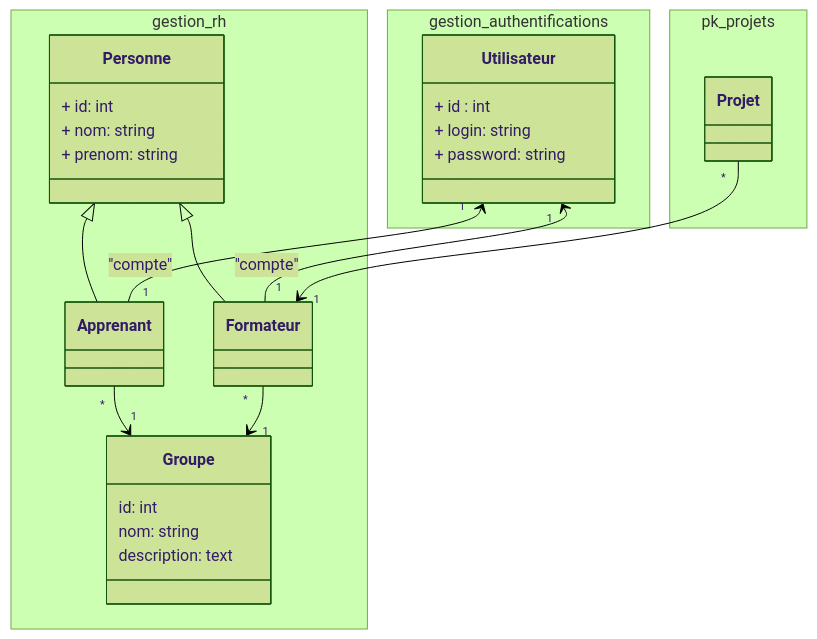
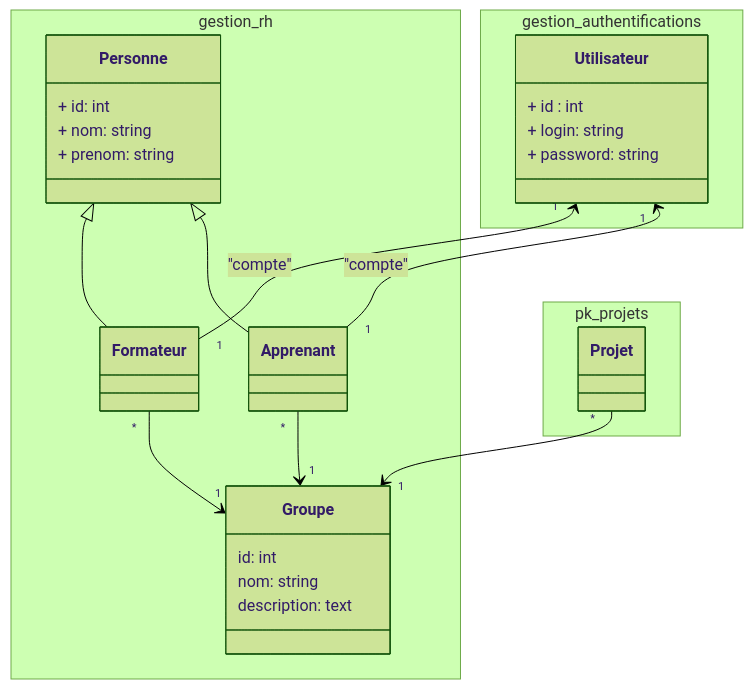
The diagram in modélisation/pkg_rh/classes_pkg_rh.mmd (labs-web/prototype), drawn with Mermaid (forest theme) before and after one commit. The commit also changed 175 other files, not shown here.

```diff
--- a/modélisation/pkg_rh/classes_pkg_rh.mmd
+++ b/modélisation/pkg_rh/classes_pkg_rh.mmd
@@ -1,49 +1,46 @@
 classDiagram
 
 namespace gestion_rh{
 
 class Personne {
     + id: int 
     + nom: string 
     + prenom: string 
-
-    %% + type : string : Voue ne pouvez pas ajouter le champs type ici, il doit être ajouter dans la base de données 
-    %% Le change type est sumbolisé dans le diagramme de classe par la notion d'héritage
 }
 class Formateur 
 class Apprenant
 
 class  Groupe {
     id: int
     nom: string
     description: text
 }
 
 
 }
 
 namespace pk_projets {
   class Projet
 
 }
 
 
 
 namespace gestion_authentifications {
 
 class Utilisateur {
     + id : int
     + login: string 
     + password: string 
 }
 }
 
 Personne <|-- Formateur
 Personne <|-- Apprenant 
 Utilisateur "1" <-- "1" Formateur : "compte"
 Utilisateur "1" <-- "1" Apprenant : "compte"
 
 Apprenant  "*" --> "1"  Groupe 
 
-Projet "*" --> "1" Formateur
+Projet "*" --> "1" Groupe
 Formateur "*" --> "1" Groupe
```
